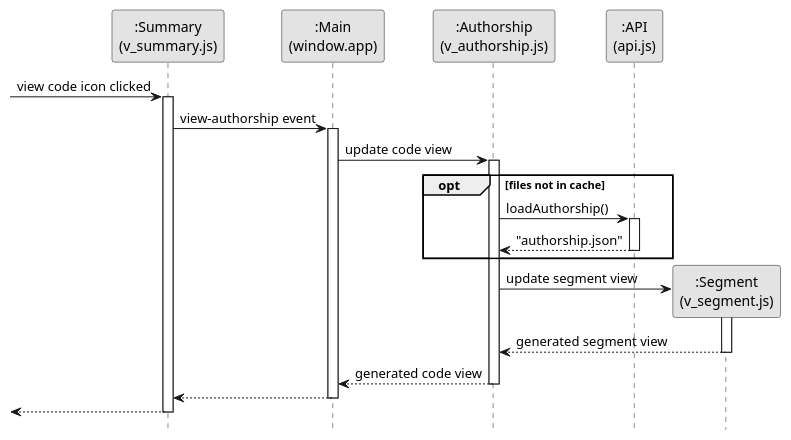
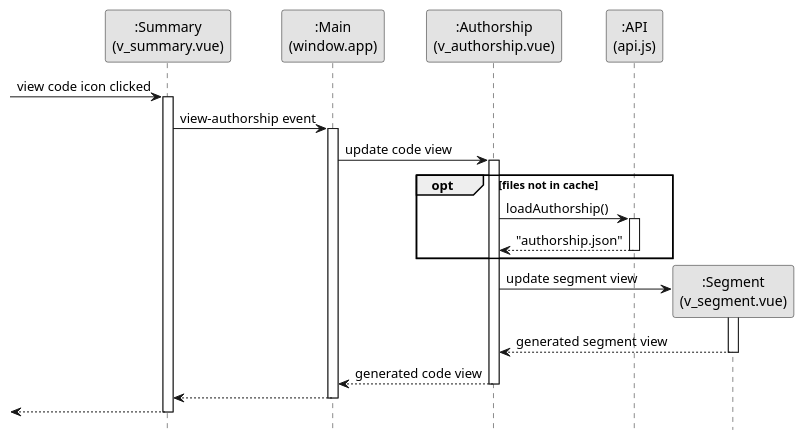
Before and after one commit to reposense/RepoSense: the diagram in docs/diagrams/ReportArchitectureAuthorship.puml, drawn with PlantUML. The commit also changed 4 other files, not shown here.

```diff
--- a/docs/diagrams/ReportArchitectureAuthorship.puml
+++ b/docs/diagrams/ReportArchitectureAuthorship.puml
@@ -1,46 +1,46 @@
 @startuml
 hide footbox
 skinparam monochrome true
 skinparam Shadowing false
 
-Participant ":Summary\n(v_summary.js)" as summary
+Participant ":Summary\n(v_summary.vue)" as summary
 Participant ":Main\n(window.app)" as main
-Participant ":Authorship\n(v_authorship.js)" as authorship
+Participant ":Authorship\n(v_authorship.vue)" as authorship
 Participant ":API\n(api.js)" as api
-Participant ":Segment\n(v_segment.js)" as segment
+Participant ":Segment\n(v_segment.vue)" as segment
 
 -> summary : view code icon clicked
 activate summary
 
 summary -> main : view-authorship event
 activate main
 
 main -> authorship : update code view
 activate authorship
 
 opt files not in cache
 
 authorship -> api : loadAuthorship()
 activate api
 
 api --> authorship: "authorship.json"
 deactivate api
 
 end
 
 create segment
 authorship -> segment : update segment view
 activate segment
 
 segment --> authorship : generated segment view
 deactivate segment
 
 authorship --> main : generated code view
 deactivate authorship
 
 main --> summary
 deactivate main
 
 <-- summary
 deactivate summary
 @enduml
```
